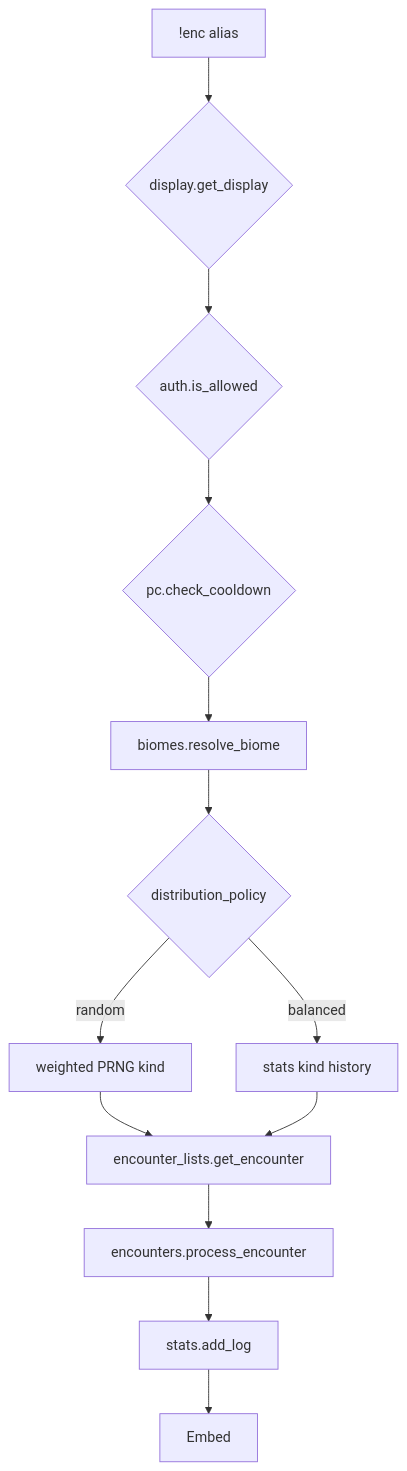
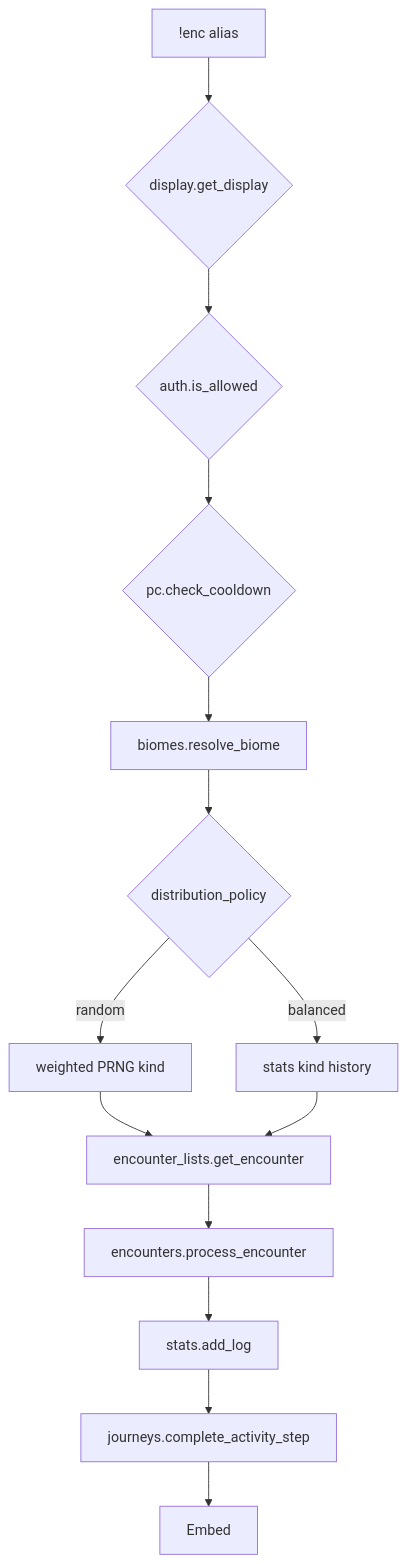
One commit to Sykander/westmarch-generic changed the diagram in docs/internal/projects/westmarch-statement/aliases/exploration/enc.md. Above: the diagram before and after it, drawn with Mermaid. The commit also changed other lines of this file and 14 other files, not shown here.

````diff
--- a/docs/internal/projects/westmarch-statement/aliases/exploration/enc.md
+++ b/docs/internal/projects/westmarch-statement/aliases/exploration/enc.md
@@ -61,15 +61,16 @@
 ```mermaid
 flowchart TD
   A[!enc alias] --> B{display.get_display}
   B --> C{auth.is_allowed}
   C --> D{pc.check_cooldown}
   D --> E[biomes.resolve_biome]
   E --> F{distribution_policy}
   F -->|random| G[weighted PRNG kind]
   F -->|balanced| H[stats kind history]
   G --> I[encounter_lists.get_encounter]
   H --> I
   I --> J[encounters.process_encounter]
   J --> K[stats.add_log]
-  K --> L[Embed]
+  K --> L[journeys.complete_activity_step]
+  L --> M[Embed]
 ```
````
